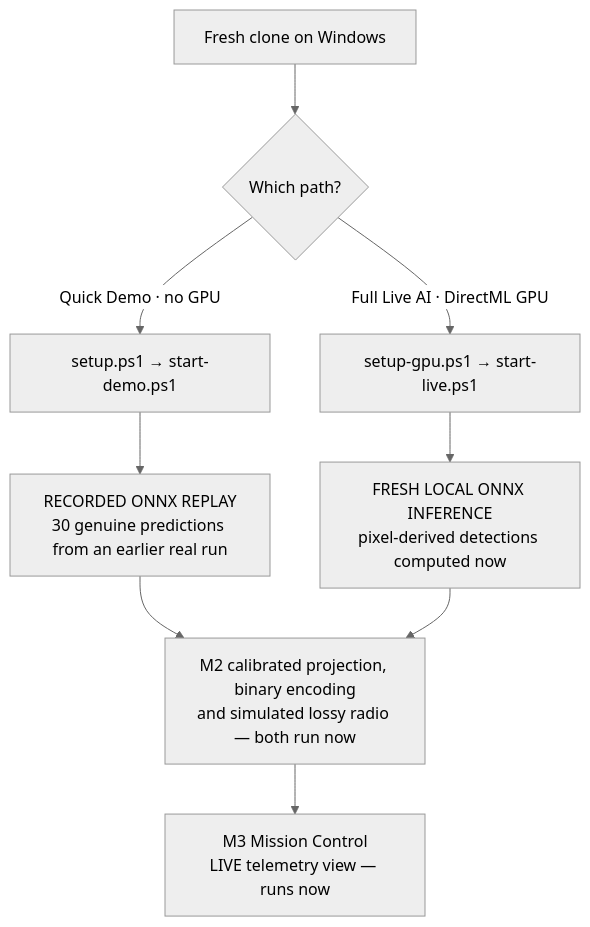
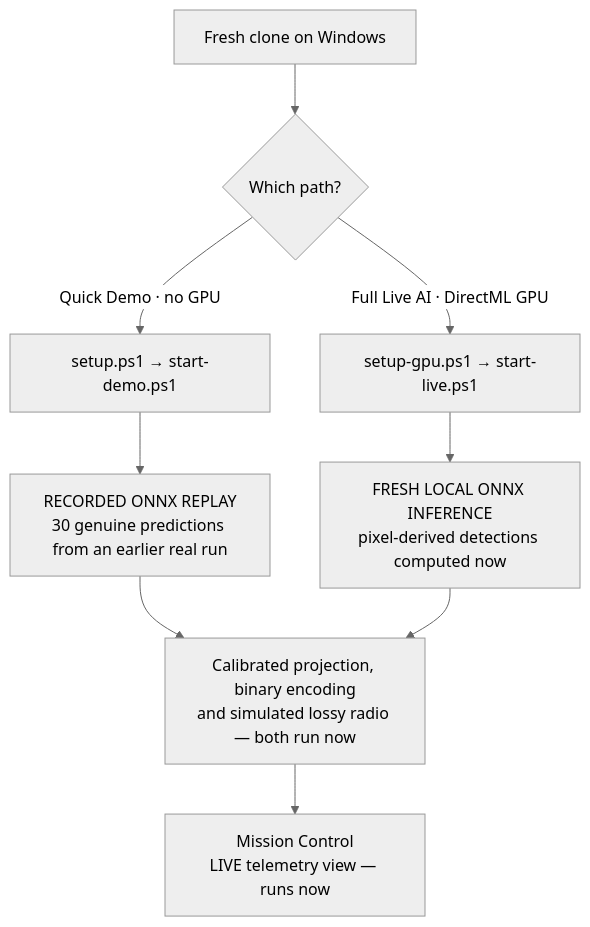
The third of 3 diagrams in README.md (omarfh111/C.R.A.T.E.R), drawn with Mermaid (neutral theme) before and after one commit. The commit also changed other lines of this file and 2 other files, not shown here.

````diff
--- a/README.md
+++ b/README.md
@@ -147,11 +147,11 @@
 ```mermaid
 flowchart TD
     A["Fresh clone on Windows"] --> B{"Which path?"}
     B -->|"Quick Demo · no GPU"| C["setup.ps1 → start-demo.ps1"]
     B -->|"Full Live AI · DirectML GPU"| D["setup-gpu.ps1 → start-live.ps1"]
     C --> E["RECORDED ONNX REPLAY<br/>30 genuine predictions from an earlier real run"]
     D --> F["FRESH LOCAL ONNX INFERENCE<br/>pixel-derived detections computed now"]
-    E --> G["M2 calibrated projection, binary encoding<br/>and simulated lossy radio — both run now"]
+    E --> G["Calibrated projection, binary encoding<br/>and simulated lossy radio — both run now"]
     F --> G
-    G --> H["M3 Mission Control<br/>LIVE telemetry view — runs now"]
+    G --> H["Mission Control<br/>LIVE telemetry view — runs now"]
 ```
````
